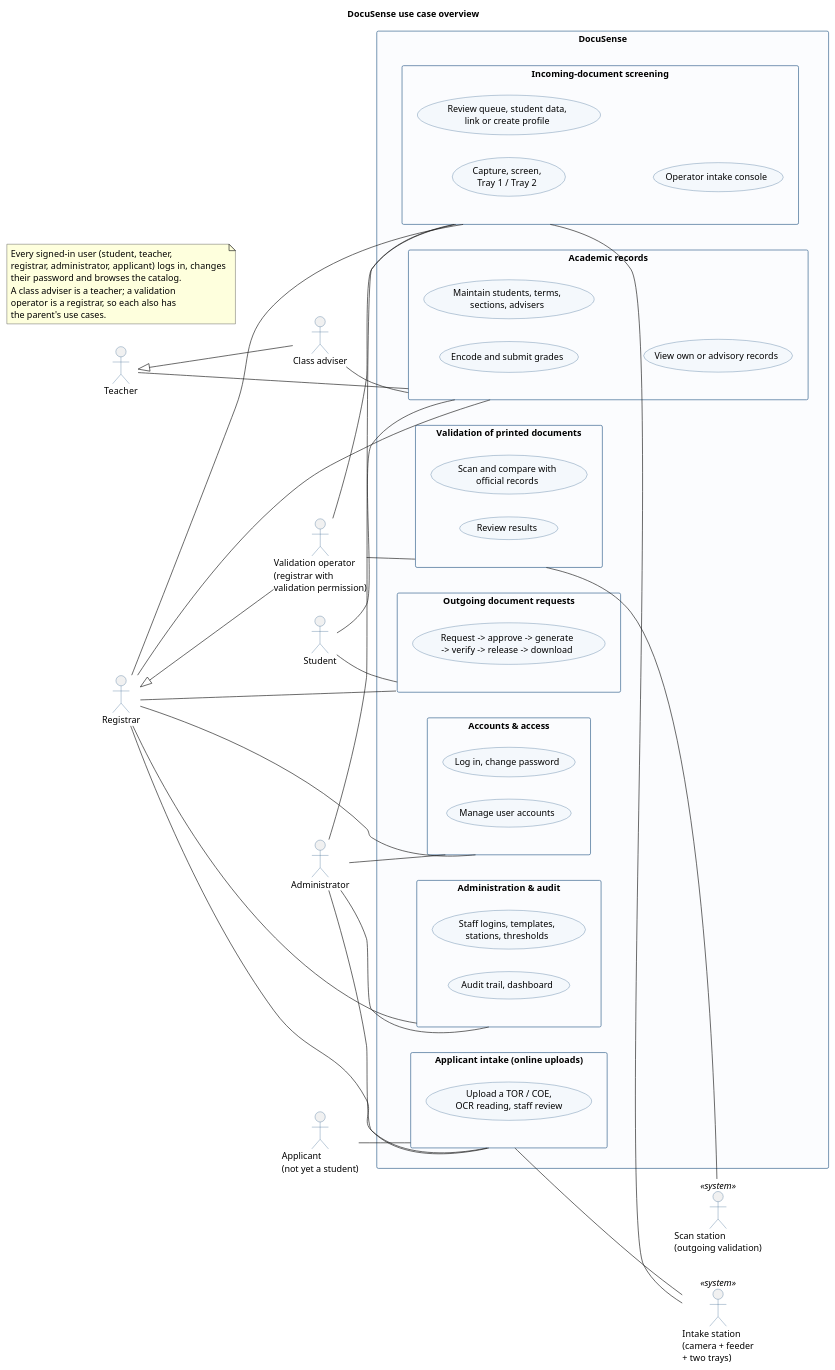
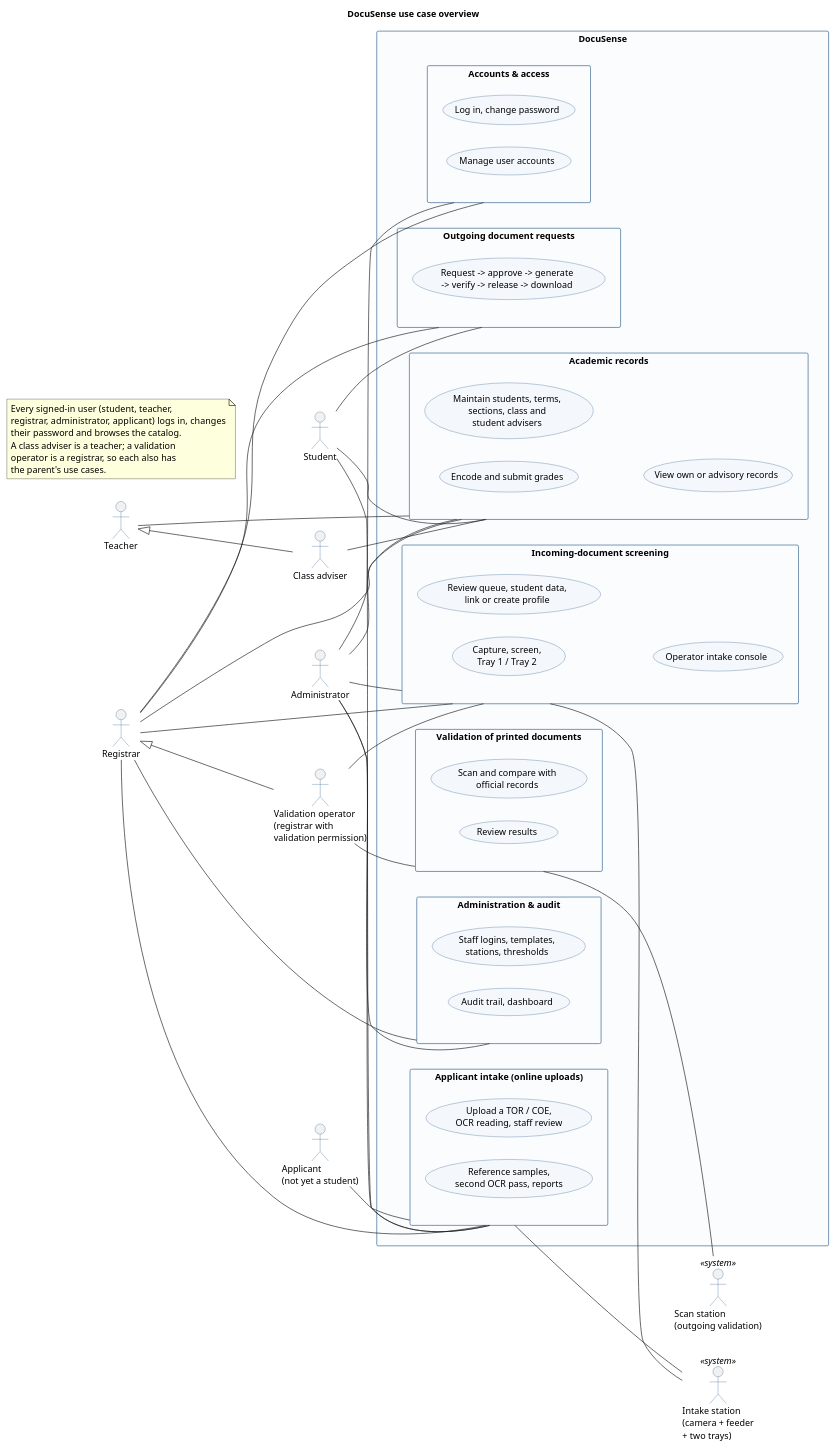
The diagram in docs/diagrams/use-cases.puml (docusense67/DocuSense), drawn with PlantUML before and after one commit. The commit also changed 31 other files, not shown here.

```diff
--- a/docs/diagrams/use-cases.puml
+++ b/docs/diagrams/use-cases.puml
@@ -1,97 +1,100 @@
 @startuml use-cases
 ' Use case overview: who works with which part of DocuSense (direct links only; specialised
 ' actors also inherit their parent's links). Each package has its own detail
 ' diagram (use-cases-<package alias>.puml) with the individual use cases and API routes.
 ' backend/tests/test_use_case_diagram.py checks that every actor-package link here matches the
 ' actor links in the detail diagram, and those against backend/tests/test_access_matrix.py.
 title DocuSense use case overview
 left to right direction
 skinparam defaultFontSize 14
 skinparam shadowing false
 skinparam packageStyle rectangle
 skinparam usecase {
   BackgroundColor #F4F8FC
   BorderColor #2F5D8A
 }
 skinparam actor {
   BorderColor #2F5D8A
 }
 skinparam package {
   BorderColor #2F5D8A
   BackgroundColor #FBFCFE
 }
 
 actor "Student" as Student
 actor "Teacher" as Teacher
 actor "Class adviser" as Adviser
 actor "Registrar" as Registrar
 actor "Validation operator\n(registrar with\nvalidation permission)" as Operator
 actor "Administrator" as Admin
 actor "Scan station\n(outgoing validation)" as ScanStation <<system>>
 actor "Intake station\n(camera + feeder\n+ two trays)" as IntakeStation <<system>>
 actor "Applicant\n(not yet a student)" as Applicant
 
 Adviser -up-|> Teacher
 Operator -up-|> Registrar
 
 rectangle "DocuSense" {
   package "Accounts & access" as accounts {
     usecase "Log in, change password" as O_A1
     usecase "Manage user accounts" as O_A2
   }
   package "Academic records" as records {
     usecase "Encode and submit grades" as O_R1
-    usecase "Maintain students, terms,\nsections, advisers" as O_R2
+    usecase "Maintain students, terms,\nsections, class and\nstudent advisers" as O_R2
     usecase "View own or advisory records" as O_R3
   }
   package "Outgoing document requests" as requests {
     usecase "Request -> approve -> generate\n-> verify -> release -> download" as O_C1
   }
   package "Validation of printed documents" as validation {
     usecase "Scan and compare with\nofficial records" as O_V1
     usecase "Review results" as O_V2
   }
   package "Incoming-document screening" as intake {
     usecase "Capture, screen,\nTray 1 / Tray 2" as O_I1
     usecase "Review queue, student data,\nlink or create profile" as O_I2
     usecase "Operator intake console" as O_I3
   }
   package "Applicant intake (online uploads)" as applicant {
     usecase "Upload a TOR / COE,\nOCR reading, staff review" as O_P1
+    usecase "Reference samples,\nsecond OCR pass, reports" as O_P2
   }
   package "Administration & audit" as admin {
     usecase "Staff logins, templates,\nstations, thresholds" as O_D1
     usecase "Audit trail, dashboard" as O_D2
   }
 }
 
 Student -- records
 Student -- requests
 Teacher -- records
 Adviser -- records
 Registrar -- accounts
 Registrar -- records
 Registrar -- requests
 Registrar -- intake
 Registrar -- admin
 Operator -- validation
 Operator -- intake
 Admin -- accounts
+Admin -- records
 Admin -- intake
 Admin -- admin
 validation -- ScanStation
 intake -- IntakeStation
 Applicant -- applicant
+Student -- applicant
 Registrar -- applicant
 Admin -- applicant
 applicant -- IntakeStation
 
 note as N1
   Every signed-in user (student, teacher,
   registrar, administrator, applicant) logs in, changes
   their password and browses the catalog.
   A class adviser is a teacher; a validation
   operator is a registrar, so each also has
   the parent's use cases.
 end note
 @enduml
```
